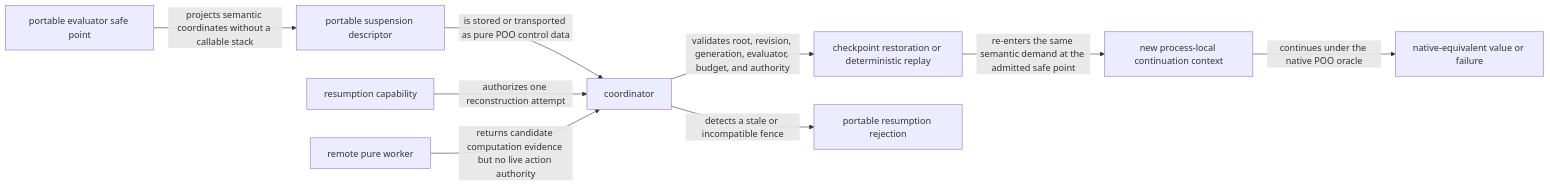
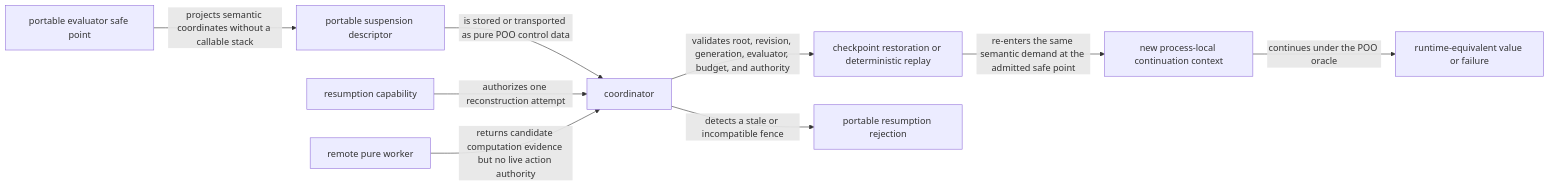
The second of 2 diagrams in module-system/design/45-87-live-continuation-capabilities-continuable-conditions-and-portable-suspension-boundary.org (tao3k/gebril-yuanxu), drawn with Mermaid before and after one commit. The commit also changed other lines of this file and 1469 other files, not shown here.

```diff
--- a/module-system/design/45-87-live-continuation-capabilities-continuable-conditions-and-portable-suspension-boundary.org
+++ b/module-system/design/45-87-live-continuation-capabilities-continuable-conditions-and-portable-suspension-boundary.org
@@ -312,11 +312,11 @@
 #+begin_src mermaid
 flowchart LR
     SAFE["portable evaluator safe point"] -->|"projects semantic coordinates without a callable stack"| DESC["portable suspension descriptor"]
     DESC -->|"is stored or transported as pure POO control data"| COORD["coordinator"]
     AUTH["resumption capability"] -->|"authorizes one reconstruction attempt"| COORD
     COORD -->|"validates root, revision, generation, evaluator, budget, and authority"| REBUILD["checkpoint restoration or deterministic replay"]
     REBUILD -->|"re-enters the same semantic demand at the admitted safe point"| LOCAL["new process-local continuation context"]
-    LOCAL -->|"continues under the native POO oracle"| RESULT["native-equivalent value or failure"]
+    LOCAL -->|"continues under the POO oracle"| RESULT["runtime-equivalent value or failure"]
     COORD -->|"detects a stale or incompatible fence"| REJECT["portable resumption rejection"]
     WORKER["remote pure worker"] -->|"returns candidate computation evidence but no live action authority"| COORD
 #+end_src
```
